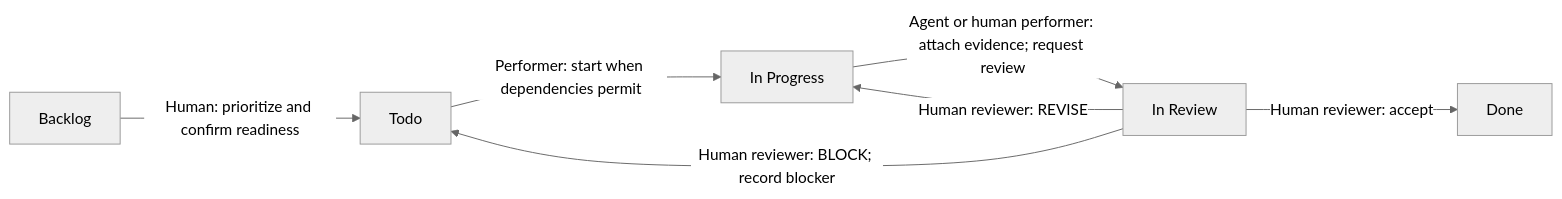
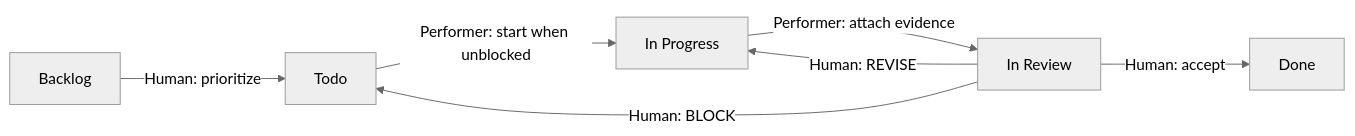
Before and after one commit to dmutr06/fix-ops: the first of 2 diagrams in docs/workflow.md, drawn with Mermaid (neutral theme). The commit also changed other lines of this file and 9 other files, not shown here.

````diff
--- a/docs/workflow.md
+++ b/docs/workflow.md
@@ -15,9 +13,9 @@
 ```mermaid
 flowchart LR
-    B["Backlog"] -->|"Human: prioritize and confirm readiness"| T["Todo"]
-    T -->|"Performer: start when dependencies permit"| I["In Progress"]
-    I -->|"Agent or human performer: attach evidence; request review"| R["In Review"]
-    R -->|"Human reviewer: accept"| D["Done"]
-    R -->|"Human reviewer: REVISE"| I
-    R -->|"Human reviewer: BLOCK; record blocker"| T
+    B["Backlog"] -->|"Human: prioritize"| T["Todo"]
+    T -->|"Performer: start when unblocked"| I["In Progress"]
+    I -->|"Performer: attach evidence"| R["In Review"]
+    R -->|"Human: accept"| D["Done"]
+    R -->|"Human: REVISE"| I
+    R -->|"Human: BLOCK"| T
 ```
````
